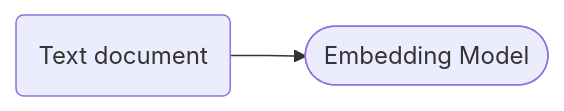
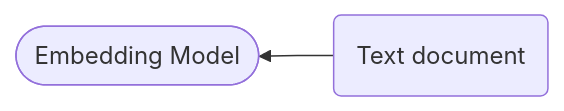
Before and after one commit to sariaslaso/query-engine-RAG: the diagram in README.md, drawn with Mermaid.

Commit message:
trying out mermaid

````diff
--- a/README.md
+++ b/README.md
@@ -5,5 +5,5 @@
 ```mermaid
-flowchart LR
+flowchart RL
 	id1(Text document) --> id2([Embedding Model]);
 
 ```
````
